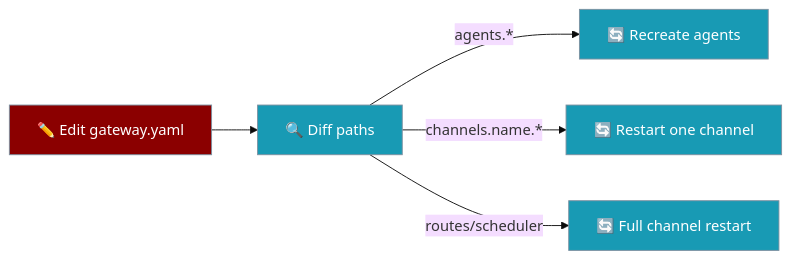
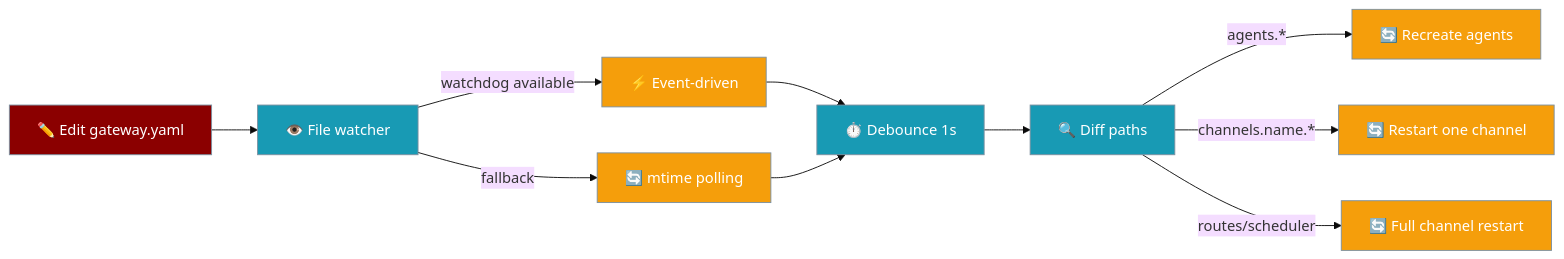
Before and after one commit to MervinPraison/PraisonAIDocs: the first of 2 diagrams in docs/features/gateway-hot-reload.mdx, drawn with Mermaid (base theme). The commit also changed other lines of this file and 5 other files, not shown here.

First line of the commit message:
docs: cover gateway reliability preset, event-driven reload + SIGHUP, background job delivery, and RateLimitPolicyProtocol (fixes #1344)

````diff
--- a/docs/features/gateway-hot-reload.mdx
+++ b/docs/features/gateway-hot-reload.mdx
@@ -30,16 +30,20 @@
 ```mermaid
 graph LR
-    Edit[✏️ Edit gateway.yaml] --> Diff[🔍 Diff paths]
+    Edit[✏️ Edit gateway.yaml] --> Watcher[👁️ File watcher]
+    Watcher -->|watchdog available| Event[⚡ Event-driven]
+    Watcher -->|fallback| Poll[🔄 mtime polling]
+    Event --> Debounce[⏱️ Debounce 1s]
+    Poll --> Debounce
+    Debounce --> Diff[🔍 Diff paths]
     Diff -->|agents.*| Agents[🔄 Recreate agents]
     Diff -->|channels.name.*| Channel[🔄 Restart one channel]
     Diff -->|routes/scheduler| Full[🔄 Full channel restart]
 
     classDef agent fill:#8B0000,stroke:#7C90A0,color:#fff
     classDef tool fill:#189AB4,stroke:#7C90A0,color:#fff
+    classDef warn fill:#F59E0B,stroke:#7C90A0,color:#fff
 
     class Edit agent
-    class Diff,Agents,Channel,Full tool
-
-    classDef agent fill:#8B0000,color:#fff
-    classDef tool fill:#189AB4,color:#fff
+    class Watcher,Debounce,Diff tool
+    class Event,Poll,Agents,Channel,Full warn
 ```
````
